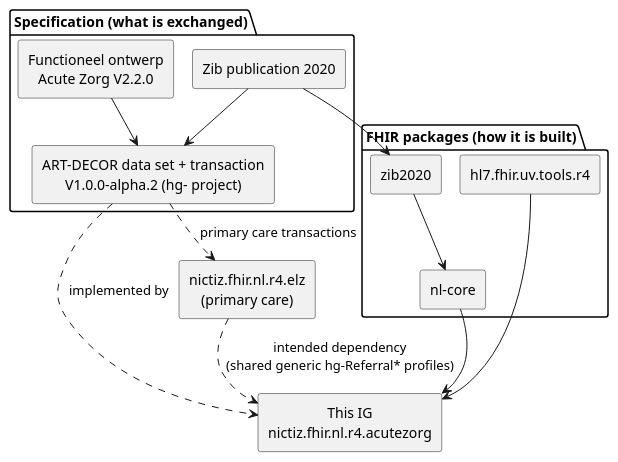
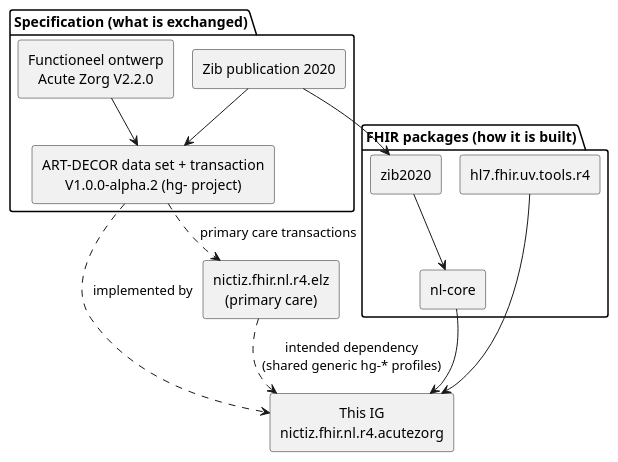
One commit to Nictiz/AZ-IG changed the diagram in input/images-source/dependencies.plantuml. Above: the diagram before and after it, drawn with PlantUML. The commit also changed 6 other files, not shown here.

First line of the commit message:
Remove 'referral' from the generic profile names (#80)

```diff
--- a/input/images-source/dependencies.plantuml
+++ b/input/images-source/dependencies.plantuml
@@ -1,32 +1,32 @@
 @startuml
 ' Use PlantUML's built-in layout engine (no Graphviz/dot dependency in the IG Publisher build)
 !pragma layout smetana
 skinparam componentStyle rectangle
 skinparam shadowing false
 skinparam defaultTextAlignment center
 
 package "Specification (what is exchanged)" {
   [Functioneel ontwerp\nAcute Zorg V2.2.0] as FO
   [ART-DECOR data set + transaction\nV1.0.0-alpha.2 (hg- project)] as AD
   [Zib publication 2020] as ZIB
 }
 
 package "FHIR packages (how it is built)" {
   [zib2020] as ZIB2020
   [nl-core] as NLCORE
   [hl7.fhir.uv.tools.r4] as TOOLS
 }
 
 [This IG\nnictiz.fhir.nl.r4.acutezorg] as AZ
 [nictiz.fhir.nl.r4.elz\n(primary care)] as ELZ
 
 FO --> AD
 ZIB --> AD
 ZIB --> ZIB2020
 ZIB2020 --> NLCORE
 NLCORE --> AZ
 TOOLS --> AZ
 AD ..> AZ : implemented by
 AD ..> ELZ : primary care transactions
-ELZ ..> AZ : intended dependency\n(shared generic hg-Referral* profiles)
+ELZ ..> AZ : intended dependency\n(shared generic hg-* profiles)
 @enduml
```
